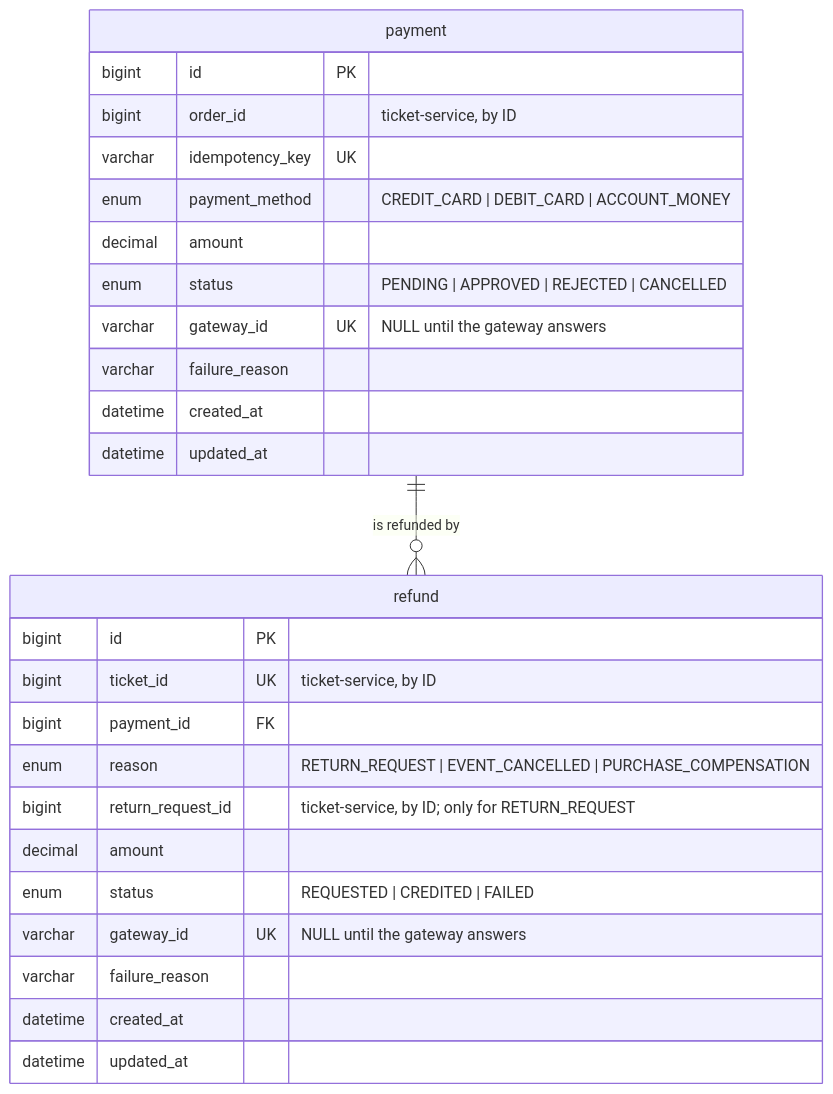
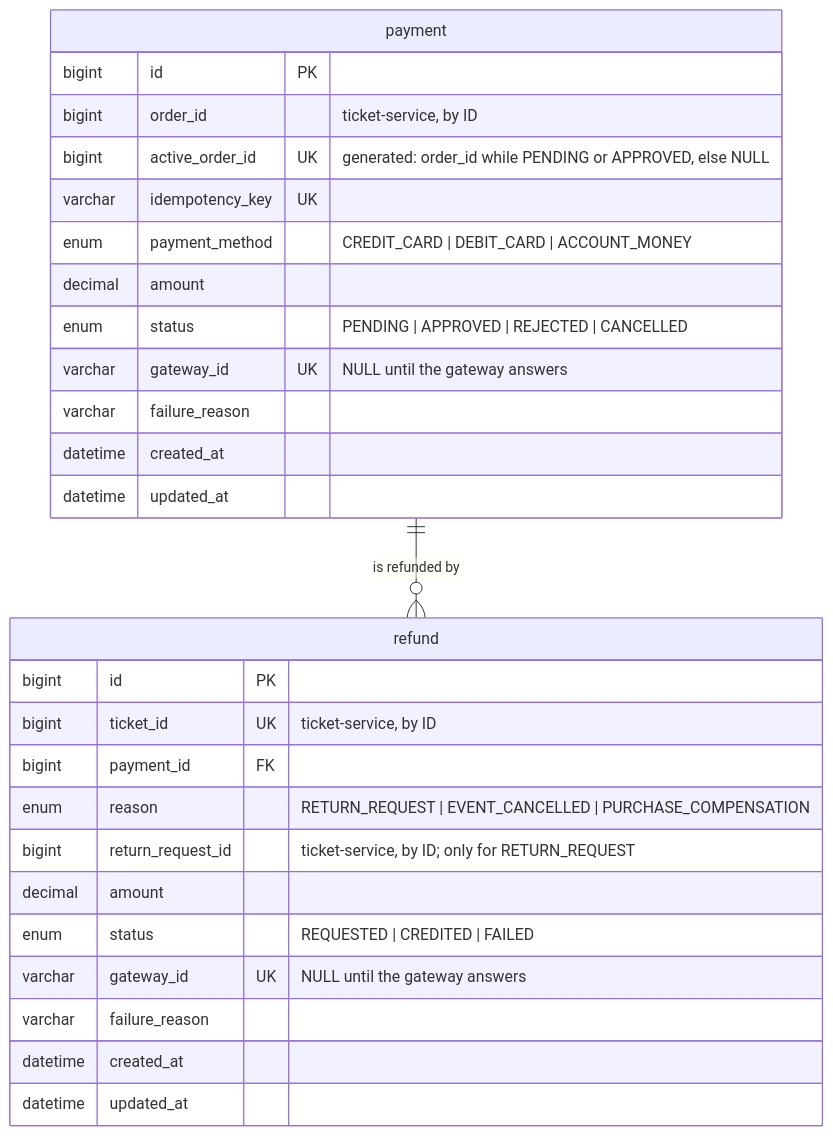
One commit to joaquinblock/TicketYa changed the diagram in docs/architecture/payment-service.md. Above: the diagram before and after it, drawn with Mermaid. The commit also changed other lines of this file and 1 other file, not shown here.

First line of the commit message:
docs: describe pending retries and the active payment constraint

````diff
--- a/docs/architecture/payment-service.md
+++ b/docs/architecture/payment-service.md
@@ -9,30 +9,31 @@
 ```mermaid
 erDiagram
     payment ||--o{ refund : "is refunded by"
 
     payment {
         bigint id PK
         bigint order_id "ticket-service, by ID"
+        bigint active_order_id UK "generated: order_id while PENDING or APPROVED, else NULL"
         varchar idempotency_key UK
         enum payment_method "CREDIT_CARD | DEBIT_CARD | ACCOUNT_MONEY"
         decimal amount
         enum status "PENDING | APPROVED | REJECTED | CANCELLED"
         varchar gateway_id UK "NULL until the gateway answers"
         varchar failure_reason
         datetime created_at
         datetime updated_at
     }
     refund {
         bigint id PK
         bigint ticket_id UK "ticket-service, by ID"
         bigint payment_id FK
         enum reason "RETURN_REQUEST | EVENT_CANCELLED | PURCHASE_COMPENSATION"
         bigint return_request_id "ticket-service, by ID; only for RETURN_REQUEST"
         decimal amount
         enum status "REQUESTED | CREDITED | FAILED"
         varchar gateway_id UK "NULL until the gateway answers"
         varchar failure_reason
         datetime created_at
         datetime updated_at
     }
 ```
````
